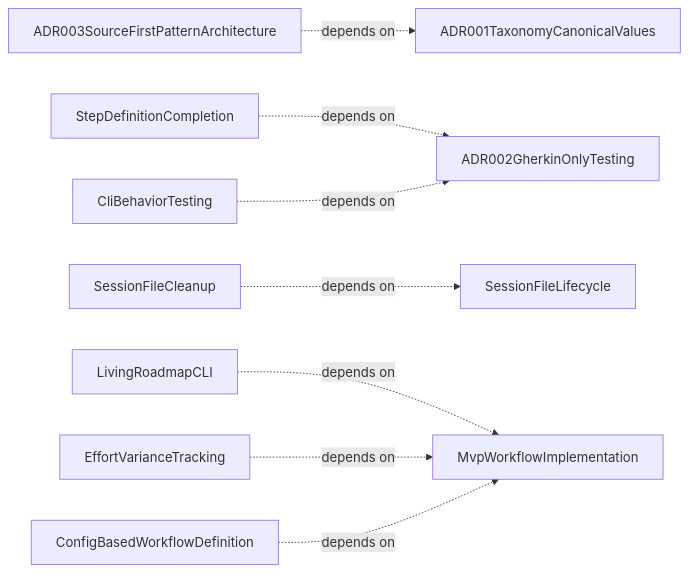
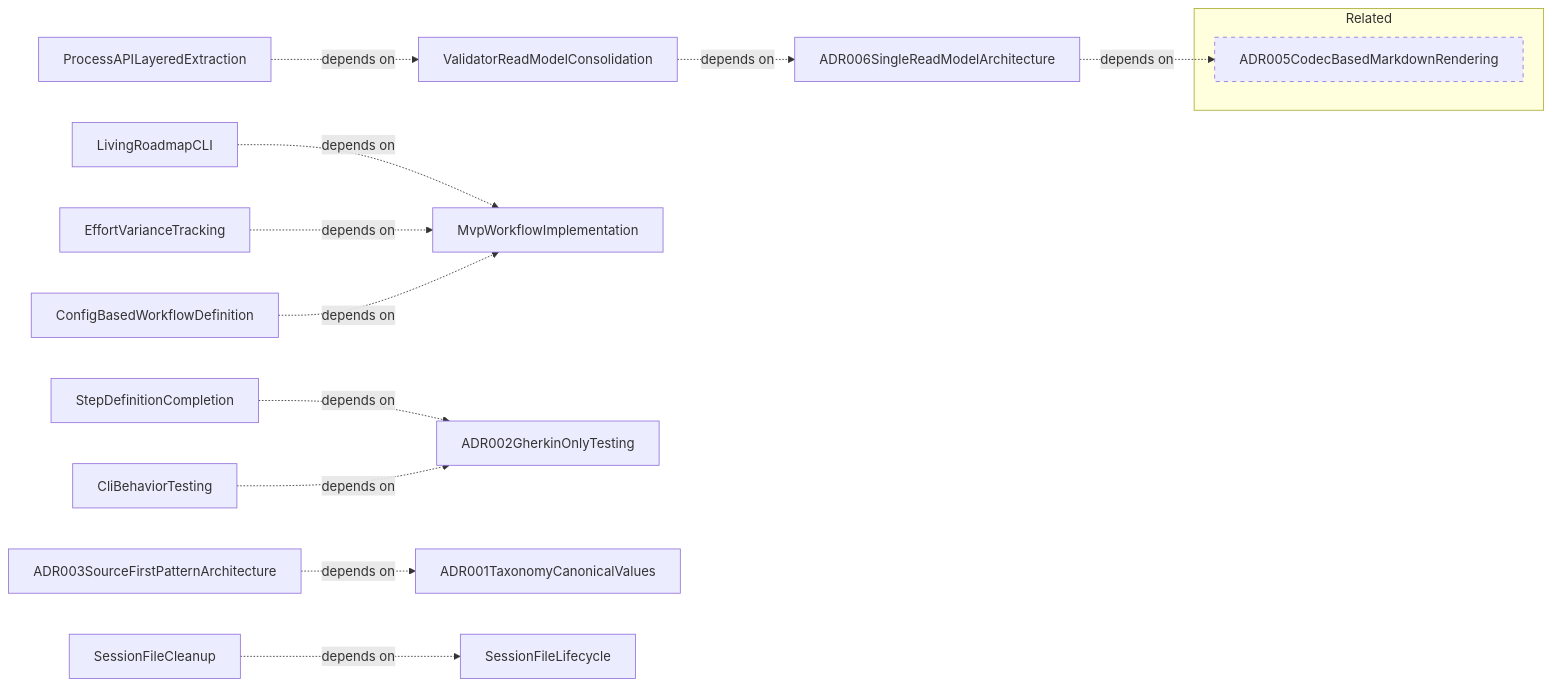
Before and after one commit to libar-dev/architect: the second of 2 diagrams in docs-live/product-areas/PROCESS.md, drawn with Mermaid. The commit also changed 31 other files, not shown here.

Commit message:
Introduce single read model decision

````diff
--- a/docs-live/product-areas/PROCESS.md
+++ b/docs-live/product-areas/PROCESS.md
@@ -173,21 +173,31 @@
 ```mermaid
 graph LR
-    ADR003SourceFirstPatternArchitecture["ADR003SourceFirstPatternArchitecture"]
-    ADR002GherkinOnlyTesting["ADR002GherkinOnlyTesting"]
-    ADR001TaxonomyCanonicalValues["ADR001TaxonomyCanonicalValues"]
+    ValidatorReadModelConsolidation["ValidatorReadModelConsolidation"]
     StepDefinitionCompletion["StepDefinitionCompletion"]
     SessionFileCleanup["SessionFileCleanup"]
+    ProcessAPILayeredExtraction["ProcessAPILayeredExtraction"]
     MvpWorkflowImplementation["MvpWorkflowImplementation"]
     LivingRoadmapCLI["LivingRoadmapCLI"]
     EffortVarianceTracking["EffortVarianceTracking"]
     ConfigBasedWorkflowDefinition["ConfigBasedWorkflowDefinition"]
     CliBehaviorTesting["CliBehaviorTesting"]
+    ADR006SingleReadModelArchitecture["ADR006SingleReadModelArchitecture"]
+    ADR003SourceFirstPatternArchitecture["ADR003SourceFirstPatternArchitecture"]
+    ADR002GherkinOnlyTesting["ADR002GherkinOnlyTesting"]
+    ADR001TaxonomyCanonicalValues["ADR001TaxonomyCanonicalValues"]
     SessionFileLifecycle["SessionFileLifecycle"]
-    ADR003SourceFirstPatternArchitecture -.->|depends on| ADR001TaxonomyCanonicalValues
+    subgraph related["Related"]
+        ADR005CodecBasedMarkdownRendering["ADR005CodecBasedMarkdownRendering"]:::neighbor
+    end
+    ValidatorReadModelConsolidation -.->|depends on| ADR006SingleReadModelArchitecture
     StepDefinitionCompletion -.->|depends on| ADR002GherkinOnlyTesting
     SessionFileCleanup -.->|depends on| SessionFileLifecycle
+    ProcessAPILayeredExtraction -.->|depends on| ValidatorReadModelConsolidation
     LivingRoadmapCLI -.->|depends on| MvpWorkflowImplementation
     EffortVarianceTracking -.->|depends on| MvpWorkflowImplementation
     ConfigBasedWorkflowDefinition -.->|depends on| MvpWorkflowImplementation
     CliBehaviorTesting -.->|depends on| ADR002GherkinOnlyTesting
+    ADR006SingleReadModelArchitecture -.->|depends on| ADR005CodecBasedMarkdownRendering
+    ADR003SourceFirstPatternArchitecture -.->|depends on| ADR001TaxonomyCanonicalValues
+    classDef neighbor stroke-dasharray: 5 5
 ```
````
